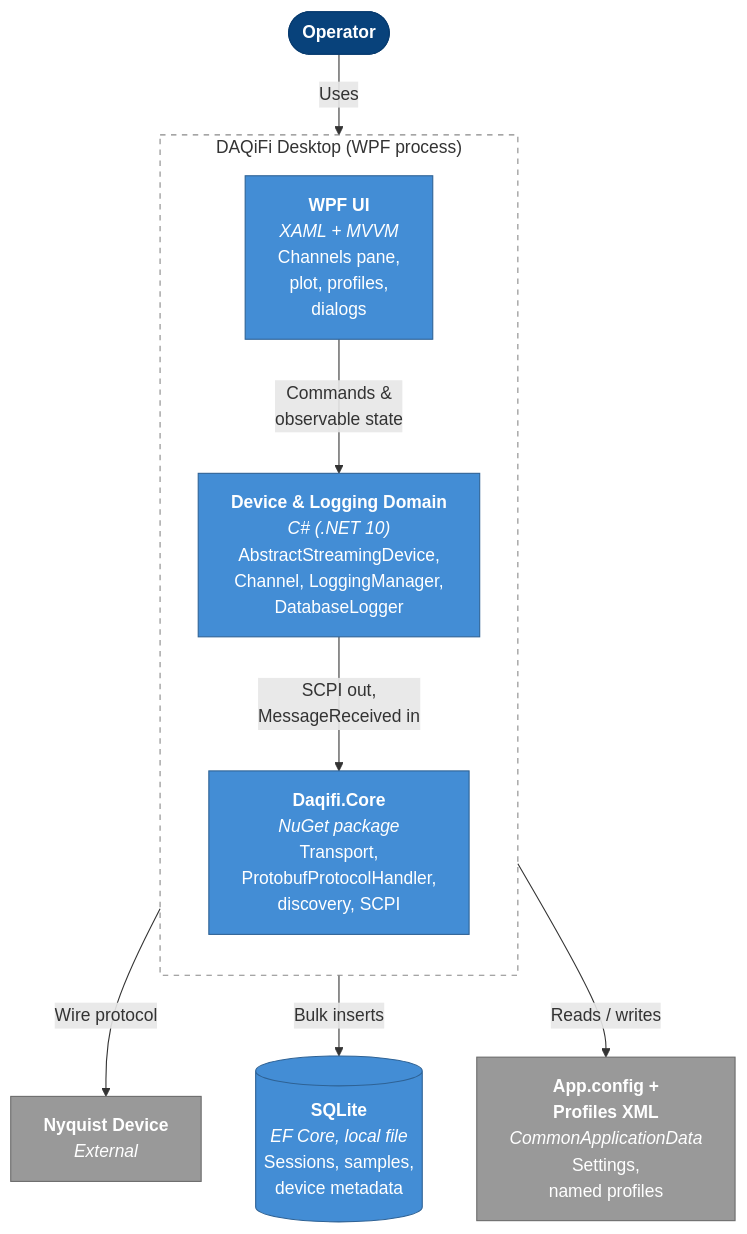
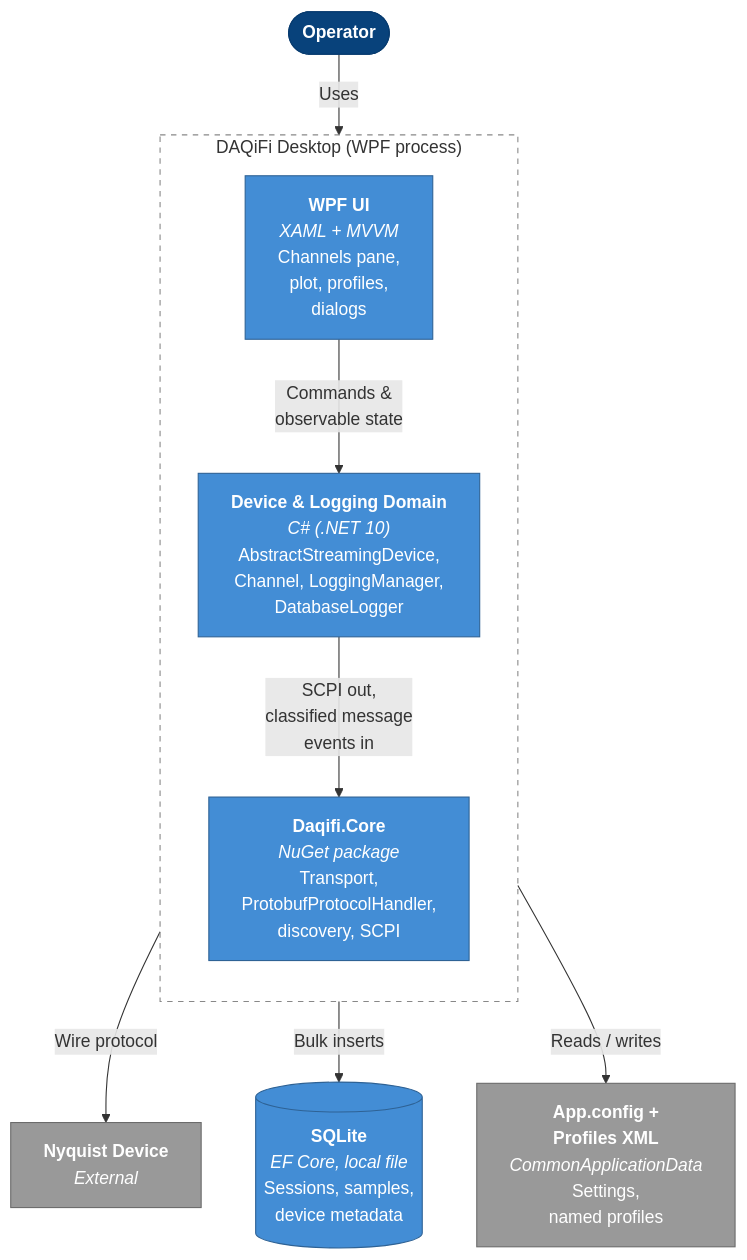
One commit to daqifi/daqifi-desktop changed the second of 3 diagrams in docs/architecture.md. Above: the diagram before and after it, drawn with Mermaid. The commit also changed other lines of this file and 8 other files, not shown here.

Commit message:
chore(device): subscribe Core's classified message events (#786)

````diff
--- a/docs/architecture.md
+++ b/docs/architecture.md
@@ -39,31 +39,31 @@
 ```mermaid
 flowchart TB
     user(["<b>Operator</b>"])
     nyquist["<b>Nyquist Device</b><br/><i>External</i>"]
 
     subgraph app["DAQiFi Desktop (WPF process)"]
         direction TB
         ui["<b>WPF UI</b><br/><i>XAML + MVVM</i><br/>Channels pane,<br/>plot, profiles,<br/>dialogs"]
         domain["<b>Device &amp; Logging Domain</b><br/><i>C# (.NET 10)</i><br/>AbstractStreamingDevice,<br/>Channel, LoggingManager,<br/>DatabaseLogger"]
         core["<b>Daqifi.Core</b><br/><i>NuGet package</i><br/>Transport,<br/>ProtobufProtocolHandler,<br/>discovery, SCPI"]
     end
 
     sqlite[("<b>SQLite</b><br/><i>EF Core, local file</i><br/>Sessions, samples,<br/>device metadata")]
     config["<b>App.config +<br/>Profiles XML</b><br/><i>CommonApplicationData</i><br/>Settings,<br/>named profiles"]
 
     user -- "Uses" --> ui
     ui -- "Commands &amp;<br/>observable state" --> domain
-    domain -- "SCPI out,<br/>MessageReceived in" --> core
+    domain -- "SCPI out,<br/>classified message<br/>events in" --> core
     core -- "Wire protocol" --> nyquist
     domain -- "Bulk inserts" --> sqlite
     ui -- "Reads / writes" --> config
 
     classDef person fill:#08427b,stroke:#073b6f,color:#fff
     classDef container fill:#438dd5,stroke:#2e6295,color:#fff
     classDef external fill:#999,stroke:#6b6b6b,color:#fff
     class user person
     class ui,domain,core container
     class sqlite container
     class nyquist,config external
     style app stroke:#888,stroke-dasharray:5 5,fill:transparent
 ```
````
